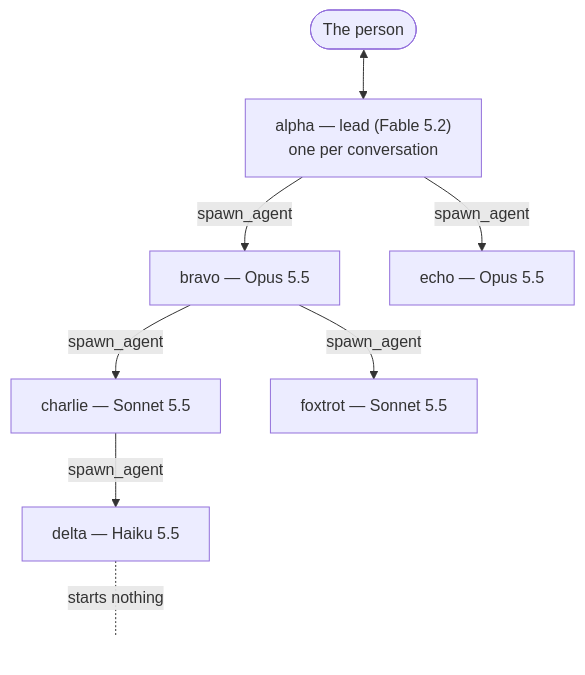
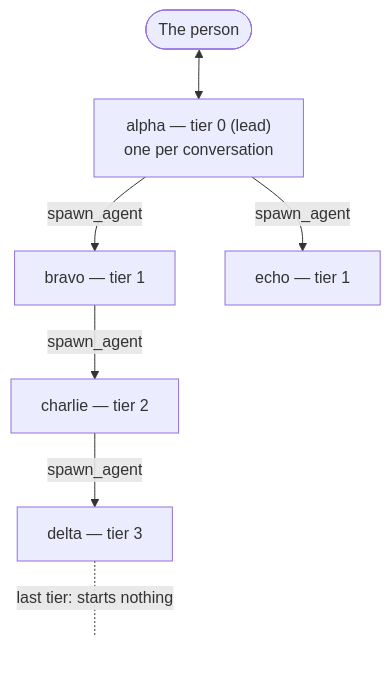
The diagram in docs/wiki/Team-Rules.md (Luxorium/masthead), drawn with Mermaid before and after one commit. The commit also changed other lines of this file and 103 other files, not shown here.

````diff
--- a/docs/wiki/Team-Rules.md
+++ b/docs/wiki/Team-Rules.md
@@ -9,11 +13,10 @@
 ```mermaid
 flowchart TD
-  P([The person]) <--> L["alpha — lead (Fable 5.2)<br/>one per conversation"]
-  L -- spawn_agent --> O1["bravo — Opus 5.5"]
-  L -- spawn_agent --> O2["echo — Opus 5.5"]
-  O1 -- spawn_agent --> S1["charlie — Sonnet 5.5"]
-  O1 -- spawn_agent --> S2["foxtrot — Sonnet 5.5"]
-  S1 -- spawn_agent --> H1["delta — Haiku 5.5"]
-  H1 -. "starts nothing" .- X[ ]
+  P([The person]) <--> L["alpha — tier 0 (lead)<br/>one per conversation"]
+  L -- spawn_agent --> O1["bravo — tier 1"]
+  L -- spawn_agent --> O2["echo — tier 1"]
+  O1 -- spawn_agent --> S1["charlie — tier 2"]
+  S1 -- spawn_agent --> H1["delta — tier 3"]
+  H1 -. "last tier: starts nothing" .- X[ ]
   style X fill:none,stroke:none
 ```
````
